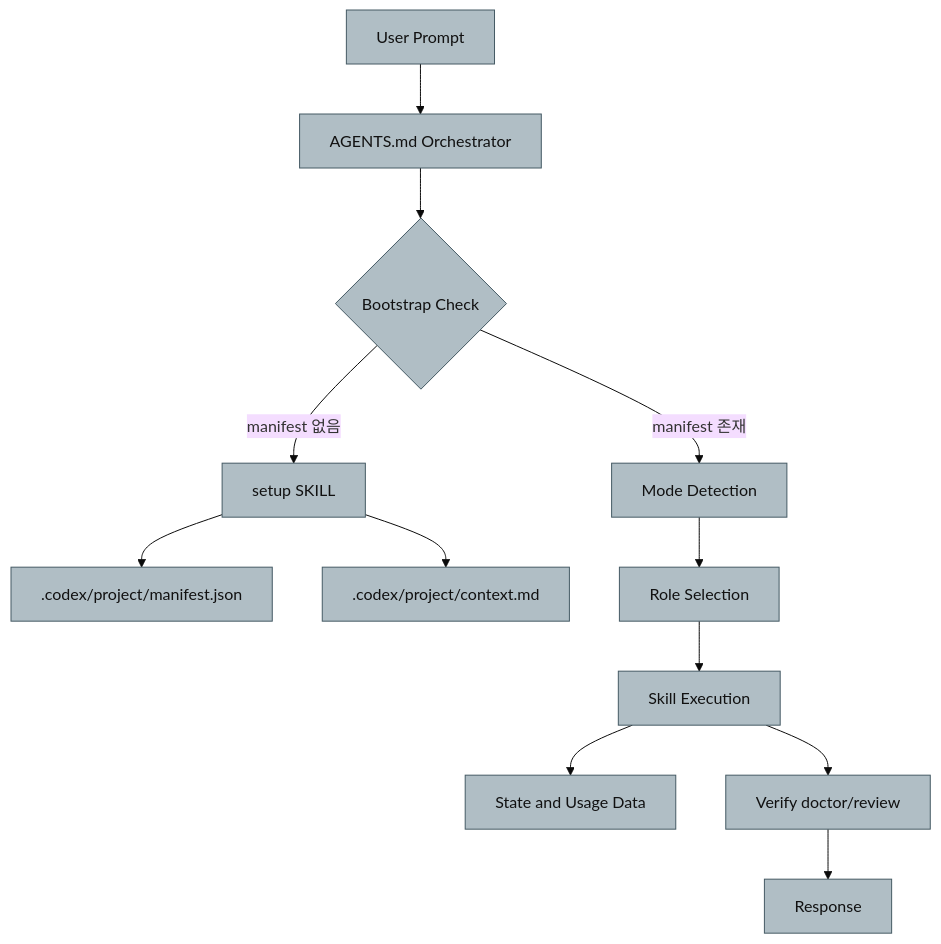
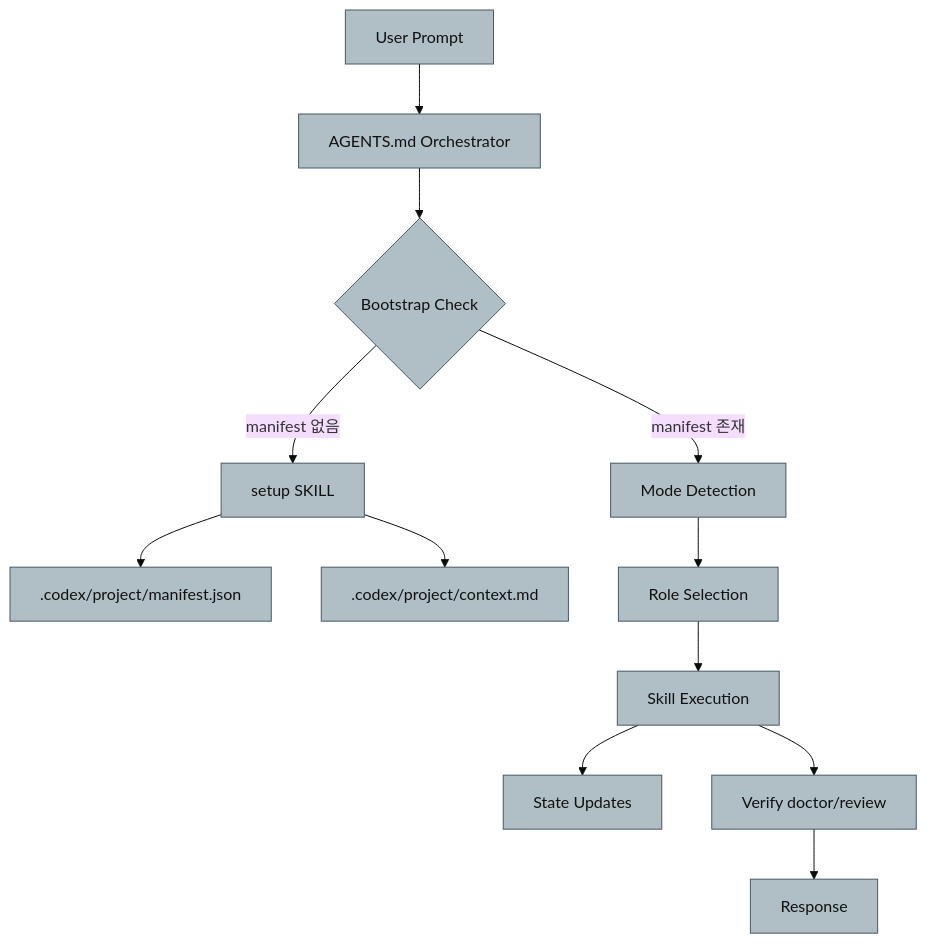
The diagram in Documents/02-architecture.md (Jimmy-Jung/codex_symbiote), drawn with Mermaid before and after one commit. The commit also changed other lines of this file and 42 other files, not shown here.

````diff
--- a/Documents/02-architecture.md
+++ b/Documents/02-architecture.md
@@ -14,17 +14,17 @@
 ```mermaid
 %%{init: {'theme':'base'}}%%
 flowchart TD
     U[User Prompt] --> A[AGENTS.md Orchestrator]
     A --> B{Bootstrap Check}
     B -->|manifest 없음| S[setup SKILL]
     B -->|manifest 존재| M[Mode Detection]
     S --> P[.codex/project/manifest.json]
     S --> C[.codex/project/context.md]
     M --> R[Role Selection]
     R --> K[Skill Execution]
-    K --> ST[State and Usage Data]
+    K --> ST[State Updates]
     K --> V[Verify doctor/review]
     V --> O[Response]
     classDef safe fill:#B0BEC5,stroke:#455A64,color:#111111,stroke-width:1px;
     class U,A,B,S,P,C,M,R,K,ST,V,O safe;
 ```
````
